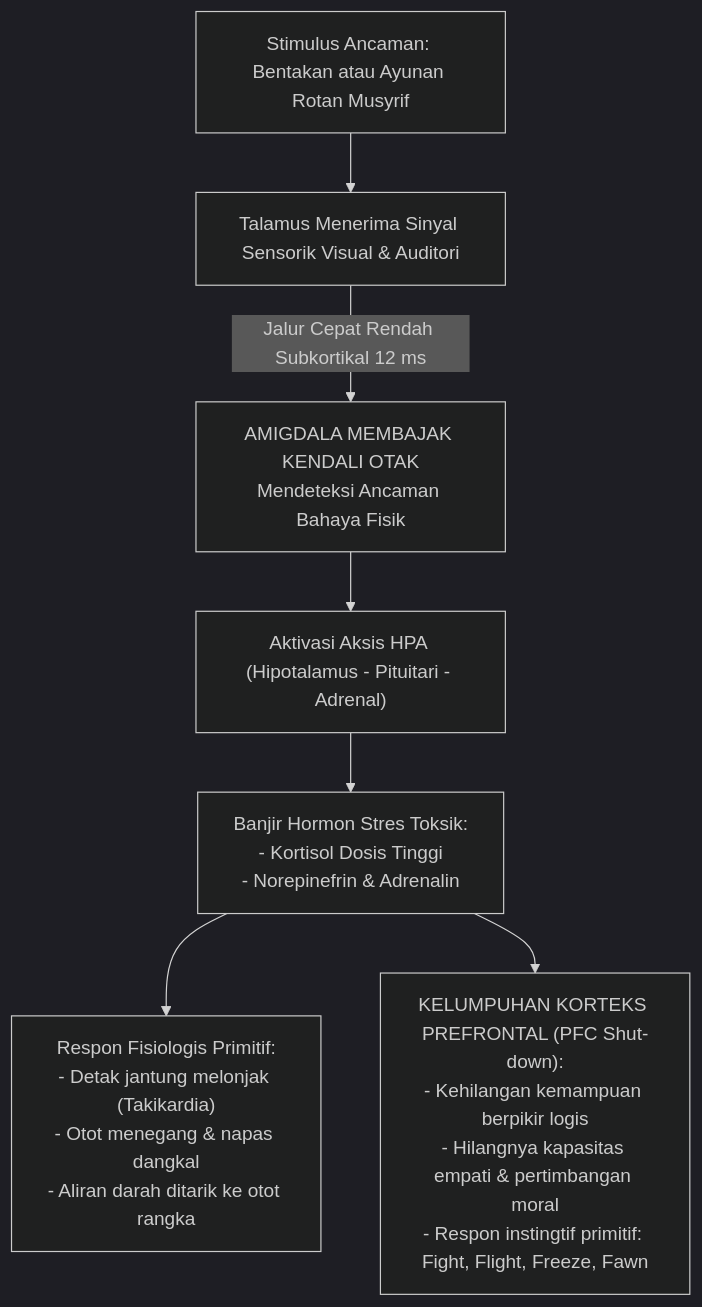
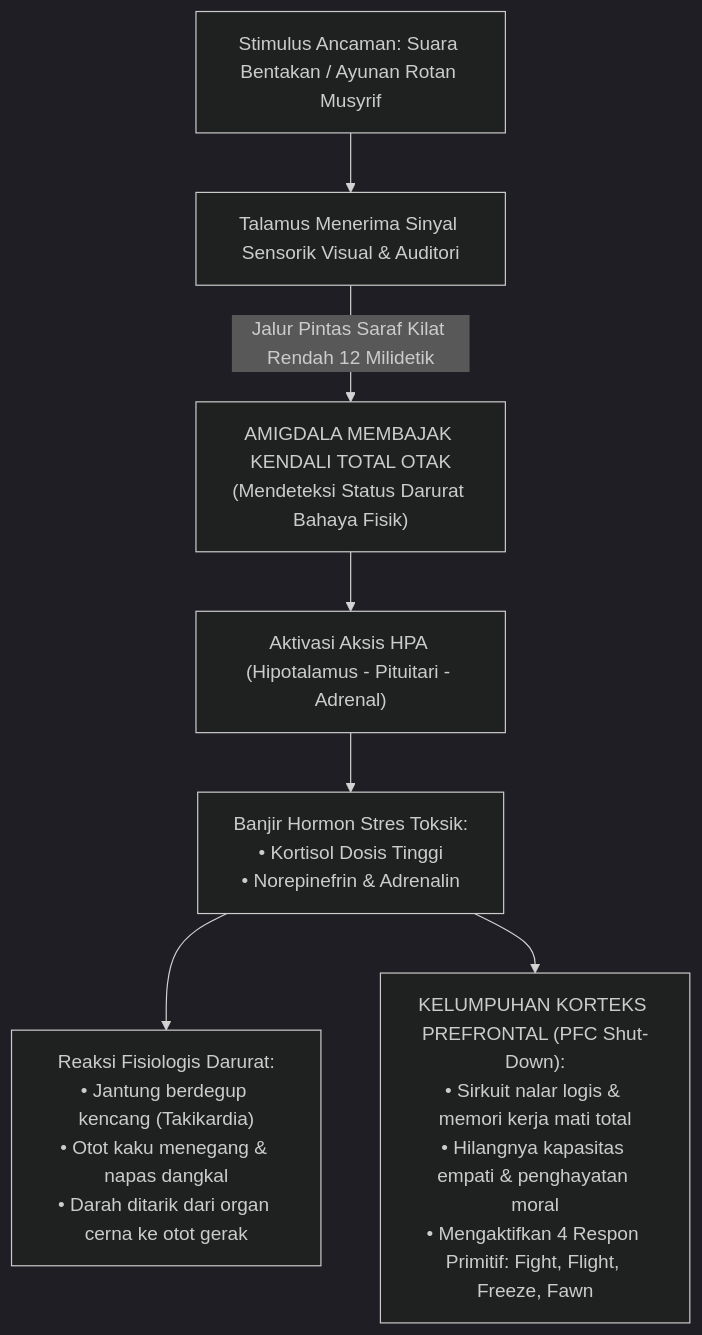
Before and after one commit to wandiapriliyandi/tumbuh: the third of 5 diagrams in BOOK-SERIES/Volume-01/Bab-01-Krisis-Karakter-dan-Urgensi-Rekonstruksi/03-Dampak-Neurobiologis-Trauma-dan-Kelumpuhan-PFC.md, drawn with Mermaid (dark theme). The commit also changed other lines of this file, not shown here.

````diff
--- a/BOOK-SERIES/Volume-01/Bab-01-Krisis-Karakter-dan-Urgensi-Rekonstruksi/03-Dampak-Neurobiologis-Trauma-dan-Kelumpuhan-PFC.md
+++ b/BOOK-SERIES/Volume-01/Bab-01-Krisis-Karakter-dan-Urgensi-Rekonstruksi/03-Dampak-Neurobiologis-Trauma-dan-Kelumpuhan-PFC.md
@@ -42,13 +69,13 @@
 ```mermaid
 graph TD
-    Bentakan["Stimulus Ancaman: Bentakan atau Ayunan Rotan Musyrif"] --> Talamus["Talamus Menerima Sinyal Sensorik Visual & Auditori"]
+    Bentakan["Stimulus Ancaman: Suara Bentakan / Ayunan Rotan Musyrif"] --> Talamus["Talamus Menerima Sinyal Sensorik Visual & Auditori"]
     
-    Talamus -->|"Jalur Cepat Rendah Subkortikal 12 ms"| Amigdala["AMIGDALA MEMBAJAK KENDALI OTAK<br/>Mendeteksi Ancaman Bahaya Fisik"]
+    Talamus -->|"Jalur Pintas Saraf Kilat Rendah 12 Milidetik"| Amigdala["AMIGDALA MEMBAJAK KENDALI TOTAL OTAK<br/>(Mendeteksi Status Darurat Bahaya Fisik)"]
     
     Amigdala --> AksisHPA["Aktivasi Aksis HPA (Hipotalamus - Pituitari - Adrenal)"]
-    AksisHPA --> Hormon["Banjir Hormon Stres Toksik:<br/>- Kortisol Dosis Tinggi<br/>- Norepinefrin & Adrenalin"]
+    AksisHPA --> Hormon["Banjir Hormon Stres Toksik:<br/>• Kortisol Dosis Tinggi<br/>• Norepinefrin & Adrenalin"]
     
-    Hormon --> SirkuitFisik["Respon Fisiologis Primitif:<br/>- Detak jantung melonjak (Takikardia)<br/>- Otot menegang & napas dangkal<br/>- Aliran darah ditarik ke otot rangka"]
+    Hormon --> SirkuitFisik["Reaksi Fisiologis Darurat:<br/>• Jantung berdegup kencang (Takikardia)<br/>• Otot kaku menegang & napas dangkal<br/>• Darah ditarik dari organ cerna ke otot gerak"]
     
-    Hormon --> LumpuhPFC["KELUMPUHAN KORTEKS PREFRONTAL (PFC Shut-down):<br/>- Kehilangan kemampuan berpikir logis<br/>- Hilangnya kapasitas empati & pertimbangan moral<br/>- Respon instingtif primitif: Fight, Flight, Freeze, Fawn"]
+    Hormon --> LumpuhPFC["KELUMPUHAN KORTEKS PREFRONTAL (PFC Shut-Down):<br/>• Sirkuit nalar logis & memori kerja mati total<br/>• Hilangnya kapasitas empati & penghayatan moral<br/>• Mengaktifkan 4 Respon Primitif: Fight, Flight, Freeze, Fawn"]
 ```
````
